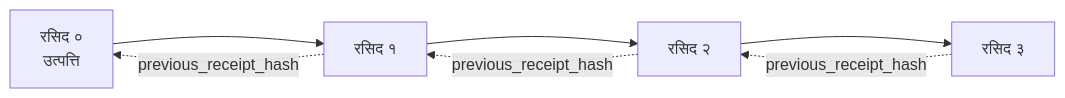
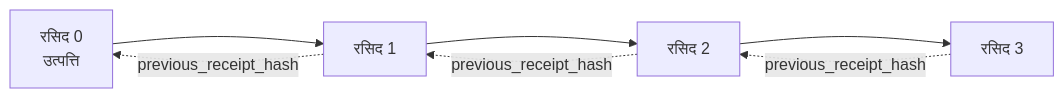
One commit to microsoft/ai-agents-for-beginners changed the second of 2 diagrams in translations/ne/18-securing-ai-agents/README.md. Above: the diagram before and after it, drawn with Mermaid. The commit also changed other lines of this file and 45 other files, not shown here.

````diff
--- a/translations/ne/18-securing-ai-agents/README.md
+++ b/translations/ne/18-securing-ai-agents/README.md
@@ -206,9 +203,9 @@
 ```mermaid
 flowchart LR
-    R0[रसिद ०<br/>उत्पत्ति] --> R1[रसिद १]
-    R1 --> R2[रसिद २]
-    R2 --> R3[रसिद ३]
+    R0[रसिद 0<br/>उत्पत्ति] --> R1[रसिद 1]
+    R1 --> R2[रसिद 2]
+    R2 --> R3[रसिद 3]
     R1 -. previous_receipt_hash .-> R0
     R2 -. previous_receipt_hash .-> R1
     R3 -. previous_receipt_hash .-> R2
 ```
````
